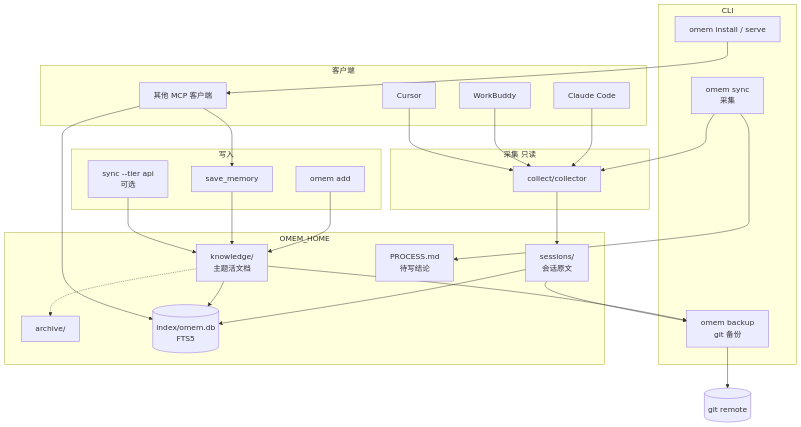
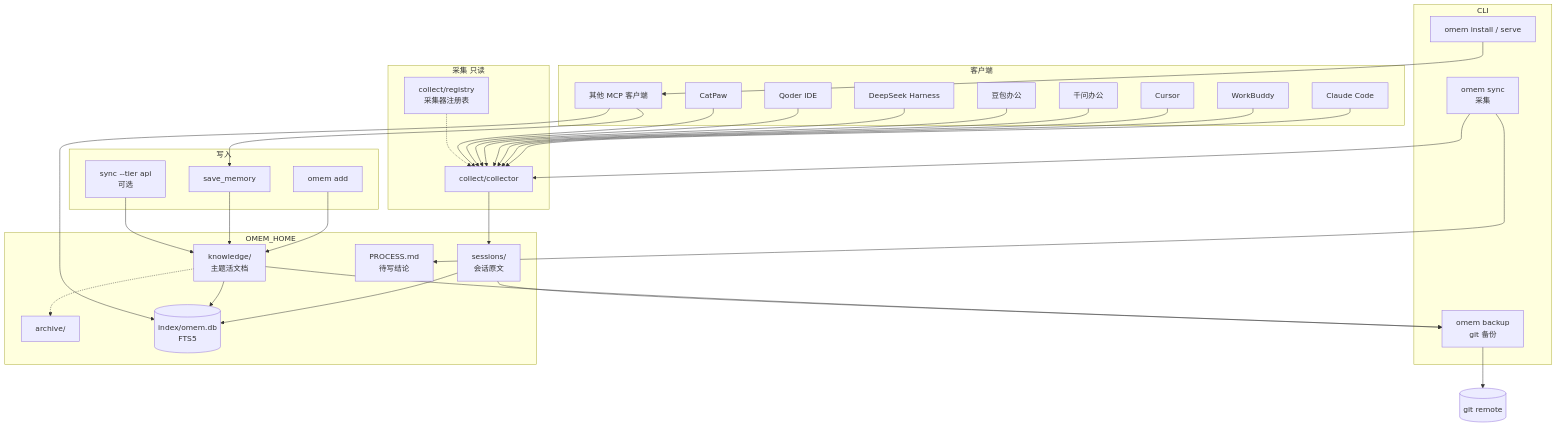
The first of 3 diagrams in ARCHITECTURE.md (jeeinn/omem), drawn with Mermaid before and after one commit. The commit also changed other lines of this file and 4 other files, not shown here.

````diff
--- a/ARCHITECTURE.md
+++ b/ARCHITECTURE.md
@@ -9,52 +9,64 @@
 ```mermaid
 flowchart TB
   subgraph clients [客户端]
     CC[Claude Code]
     WB[WorkBuddy]
     CU[Cursor]
+    QW[千问办公]
+    DB[豆包办公]
+    DS[DeepSeek Harness]
+    QD[Qoder IDE]
+    CP[CatPaw]
     MCP[其他 MCP 客户端]
   end
 
   subgraph cli [CLI]
     SYNC["omem sync<br/>采集"]
     BACKUP["omem backup<br/>git 备份"]
     INSTALL[omem install / serve]
   end
 
   subgraph collect [采集 只读]
     COL[collect/collector]
+    REG[collect/registry<br/>采集器注册表]
   end
 
   subgraph store [OMEM_HOME]
     SESS["sessions/<br/>会话原文"]
     KNOW["knowledge/<br/>主题活文档"]
     PROC["PROCESS.md<br/>待写结论"]
     ARCH["archive/"]
     IDX[("index/omem.db<br/>FTS5")]
   end
 
   subgraph write [写入]
     ADD["omem add"]
     SAVE[save_memory]
     API["sync --tier api<br/>可选"]
   end
 
   CC --> COL
   WB --> COL
   CU --> COL
+  QW --> COL
+  DB --> COL
+  DS --> COL
+  QD --> COL
+  CP --> COL
+  REG -.-> COL
   SYNC --> COL
   COL --> SESS
   SYNC --> PROC
   ADD --> KNOW
   SAVE --> KNOW
   API --> KNOW
   SESS --> IDX
   KNOW --> IDX
   INSTALL --> MCP
   MCP --> SAVE
   MCP --> IDX
   KNOW --> BACKUP
   SESS --> BACKUP
   BACKUP --> GIT[(git remote)]
   KNOW -.-> ARCH
 ```
````
